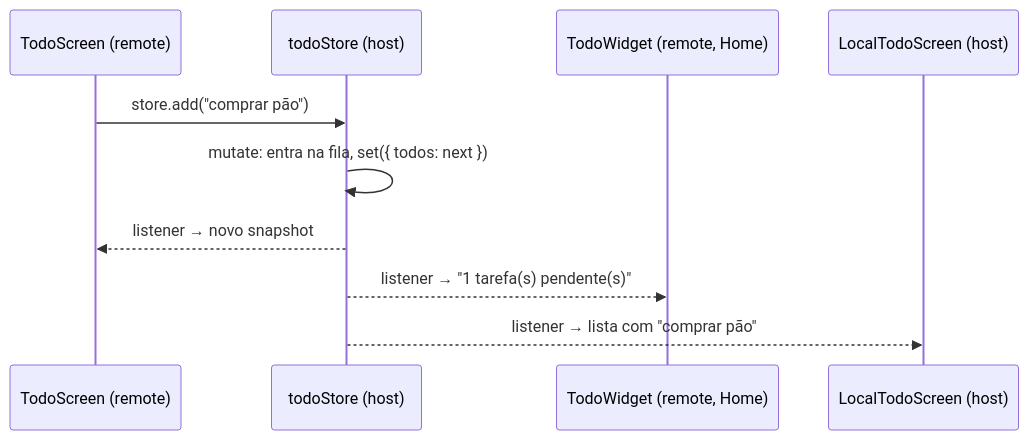
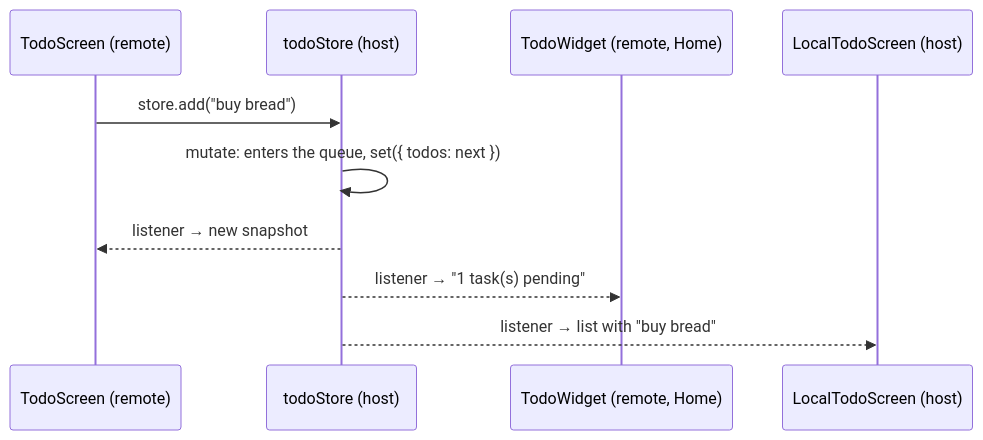
Before and after one commit to Luizrebelatto/module-federation-playground: the fourth of 8 diagrams in todo-mf/ARCHITECTURE.md, drawn with Mermaid. The commit also changed other lines of this file and 16 other files, not shown here.

````diff
--- a/todo-mf/ARCHITECTURE.md
+++ b/todo-mf/ARCHITECTURE.md
@@ -226,13 +226,13 @@
 ```mermaid
 sequenceDiagram
   participant RS as TodoScreen (remote)
   participant S as todoStore (host)
   participant W as TodoWidget (remote, Home)
   participant L as LocalTodoScreen (host)
 
-  RS->>S: store.add("comprar pão")
-  S->>S: mutate: entra na fila, set({ todos: next })
-  S-->>RS: listener → novo snapshot
-  S-->>W: listener → "1 tarefa(s) pendente(s)"
-  S-->>L: listener → lista com "comprar pão"
+  RS->>S: store.add("buy bread")
+  S->>S: mutate: enters the queue, set({ todos: next })
+  S-->>RS: listener → new snapshot
+  S-->>W: listener → "1 task(s) pending"
+  S-->>L: listener → list with "buy bread"
 ```
````
